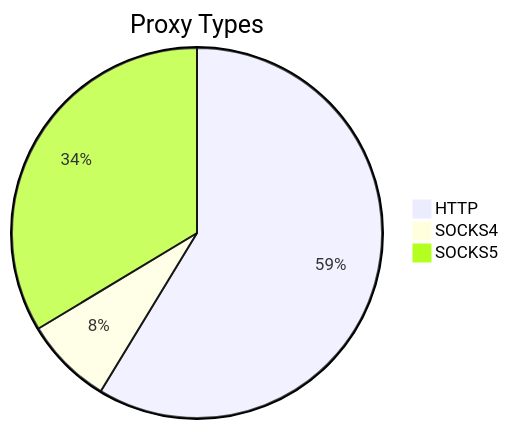
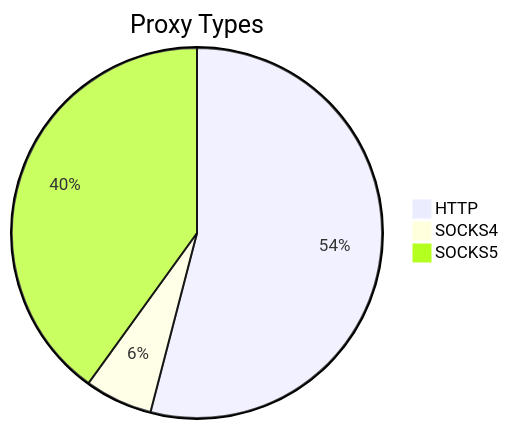
Before and after one commit to stormsia/proxy-list: the first of 2 diagrams in README.md, drawn with Mermaid. The commit also changed other lines of this file, not shown here.

````diff
--- a/README.md
+++ b/README.md
@@ -21,6 +21,6 @@
 ```mermaid
 pie title Proxy Types
-    "HTTP" : 459
-    "SOCKS4" : 60
-    "SOCKS5" : 263
+    "HTTP" : 521
+    "SOCKS4" : 57
+    "SOCKS5" : 386
 ```
````
